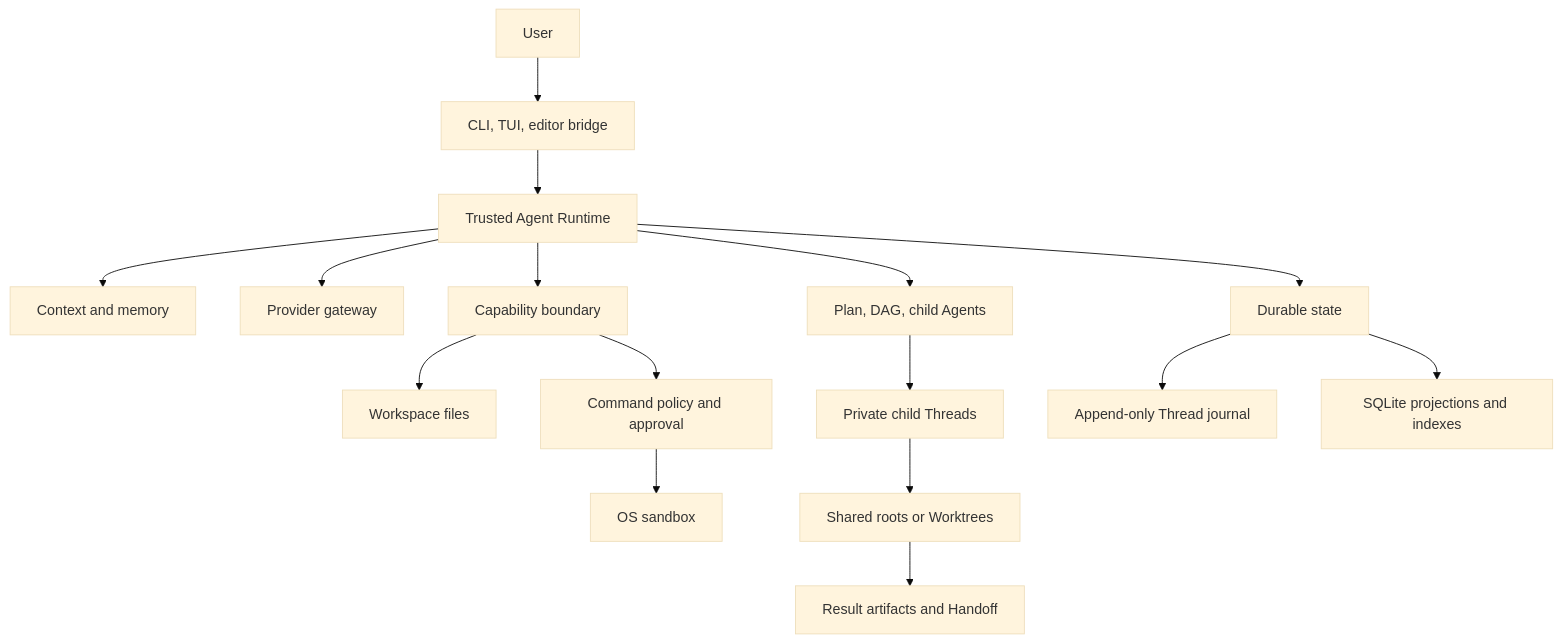
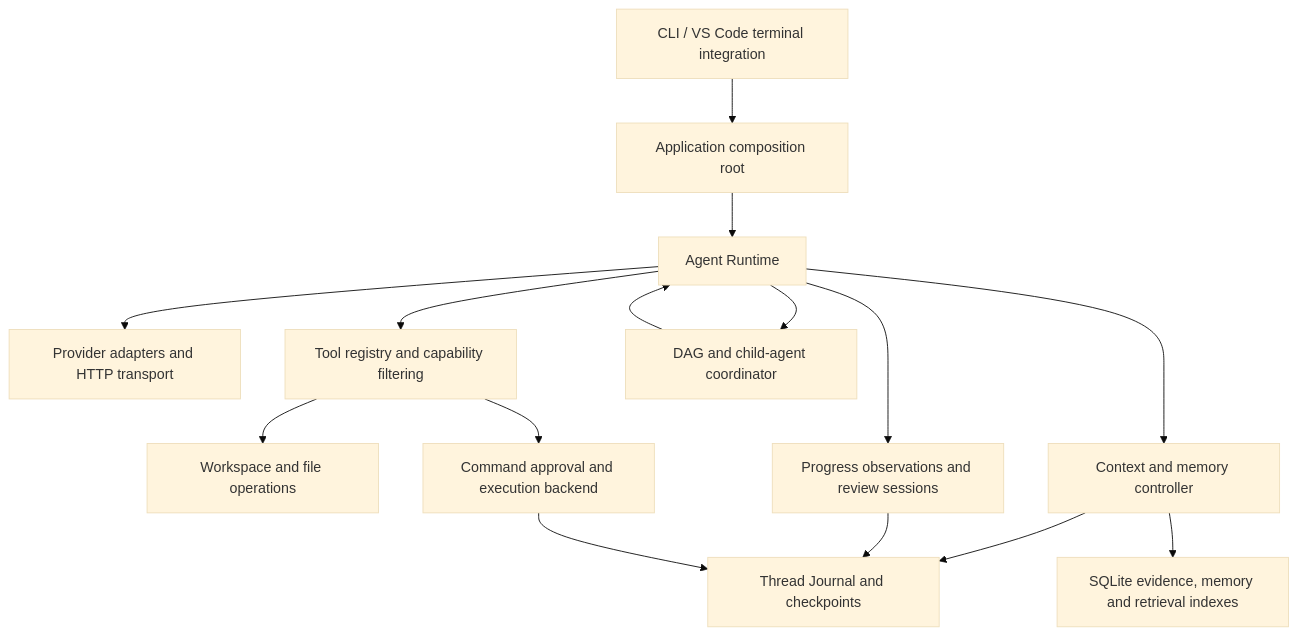
One commit to dd1000001000/EASY_CODE changed the diagram in docs/TECHNICAL_DESIGN.md. Above: the diagram before and after it, drawn with Mermaid (base theme). The commit also changed other lines of this file and 3 other files, not shown here.

````diff
--- a/docs/TECHNICAL_DESIGN.md
+++ b/docs/TECHNICAL_DESIGN.md
@@ -34,18 +13,17 @@
 ```mermaid
-flowchart TB
-    User[User] --> UI[CLI, TUI, editor bridge]
-    UI --> Runtime[Trusted Agent Runtime]
-    Runtime --> Context[Context and memory]
-    Runtime --> Provider[Provider gateway]
-    Runtime --> Tools[Capability boundary]
-    Runtime --> Orchestration[Plan, DAG, child Agents]
-    Runtime --> State[Durable state]
-    Tools --> Files[Workspace files]
-    Tools --> Commands[Command policy and approval]
-    Commands --> Sandbox[OS sandbox]
-    Orchestration --> Children[Private child Threads]
-    Children --> Environments[Shared roots or Worktrees]
-    Environments --> Artifacts[Result artifacts and Handoff]
-    State --> Journal[Append-only Thread journal]
-    State --> SQLite[SQLite projections and indexes]
+flowchart TD
+    U[CLI / VS Code terminal integration] --> A[Application composition root]
+    A --> R[Agent Runtime]
+    R --> P[Provider adapters and HTTP transport]
+    R --> T[Tool registry and capability filtering]
+    T --> F[Workspace and file operations]
+    T --> C[Command approval and execution backend]
+    R --> M[Context and memory controller]
+    M --> J[Thread Journal and checkpoints]
+    M --> DB[SQLite evidence, memory and retrieval indexes]
+    R --> O[DAG and child-agent coordinator]
+    O --> R
+    R --> G[Progress observations and review sessions]
+    G --> J
+    C --> J
 ```
````
